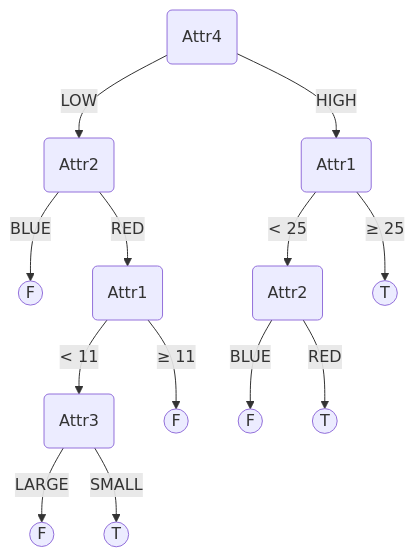
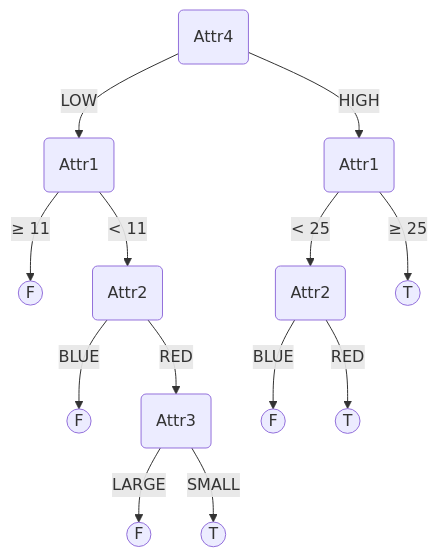
One commit to khantilchoksi/Automated-Learning-and-Data-Analysis changed the fifth of 10 diagrams in CSC522_HW2/Q2.md. Above: the diagram before and after it, drawn with Mermaid. The commit also changed other lines of this file and 1 other file, not shown here.

````diff
--- a/CSC522_HW2/Q2.md
+++ b/CSC522_HW2/Q2.md
@@ -308,15 +304,15 @@
 ```mermaid
 graph TD
-	node1(Attr4) --LOW--> node2(Attr2)
+	node1(Attr4) --LOW--> node2(Attr1)
 	node1(Attr4) --HIGH--> node3(Attr1)
-	node2(Attr2) --BLUE--> node4((F))
-	node2(Attr2) --RED--> node5(Attr1)
+	node2(Attr1) --"≥ 11"--> node4((F))
+	node2(Attr1) --"< 11"--> node5(Attr2)
 	node3(Attr1) --"< 25"--> node6(Attr2)
 	node3(Attr1) --"≥ 25"--> node7((T))
-	node5(Attr1) --"< 11"--> node8(Attr3)
-	node5(Attr1) --"≥ 11"--> node9((F))
+	node5(Attr2) --BLUE--> node8((F))
+	node5(Attr2) --RED--> node9((Attr3))
 	node6(Attr2) --BLUE--> node10((F))
 	node6(Attr2) --RED--> node11((T))
-	node8(Attr3) --LARGE--> node12((F))
-	node8(Attr3) --SMALL--> node13((T))
+	node9(Attr3) --LARGE--> node12((F))
+	node9(Attr3) --SMALL--> node13((T))
 ```
````
